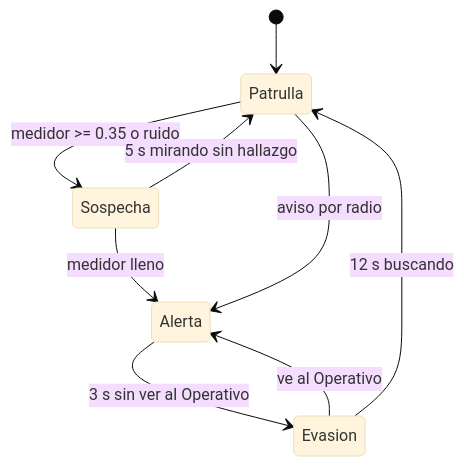
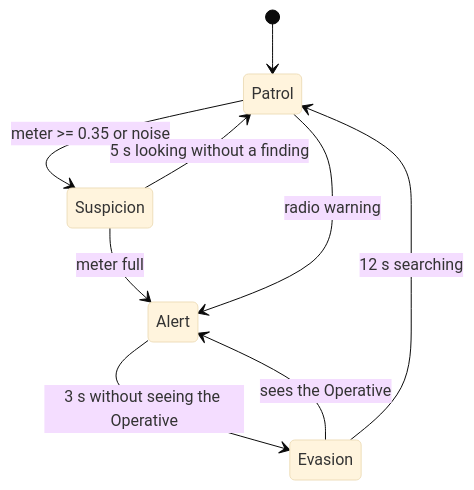
Before and after one commit to CamiloParraS/codename-DORO: the second of 3 diagrams in docs/writeup.md, drawn with Mermaid (base theme). The commit also changed other lines of this file, not shown here.

````diff
--- a/docs/writeup.md
+++ b/docs/writeup.md
@@ -49,11 +49,11 @@
 ```mermaid
 stateDiagram-v2
-  [*] --> Patrulla
-  Patrulla --> Sospecha: medidor >= 0.35 o ruido
-  Sospecha --> Patrulla: 5 s mirando sin hallazgo
-  Sospecha --> Alerta: medidor lleno
-  Patrulla --> Alerta: aviso por radio
-  Alerta --> Evasion: 3 s sin ver al Operativo
-  Evasion --> Alerta: ve al Operativo
-  Evasion --> Patrulla: 12 s buscando
+  [*] --> Patrol
+  Patrol --> Suspicion: meter >= 0.35 or noise
+  Suspicion --> Patrol: 5 s looking without a finding
+  Suspicion --> Alert: meter full
+  Patrol --> Alert: radio warning
+  Alert --> Evasion: 3 s without seeing the Operative
+  Evasion --> Alert: sees the Operative
+  Evasion --> Patrol: 12 s searching
 ```
````
